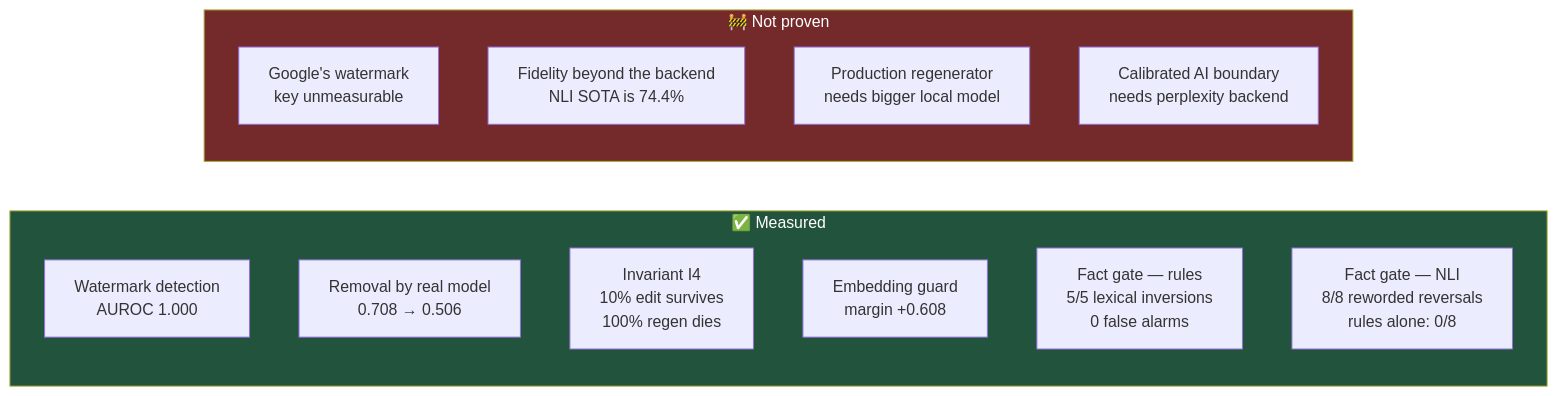
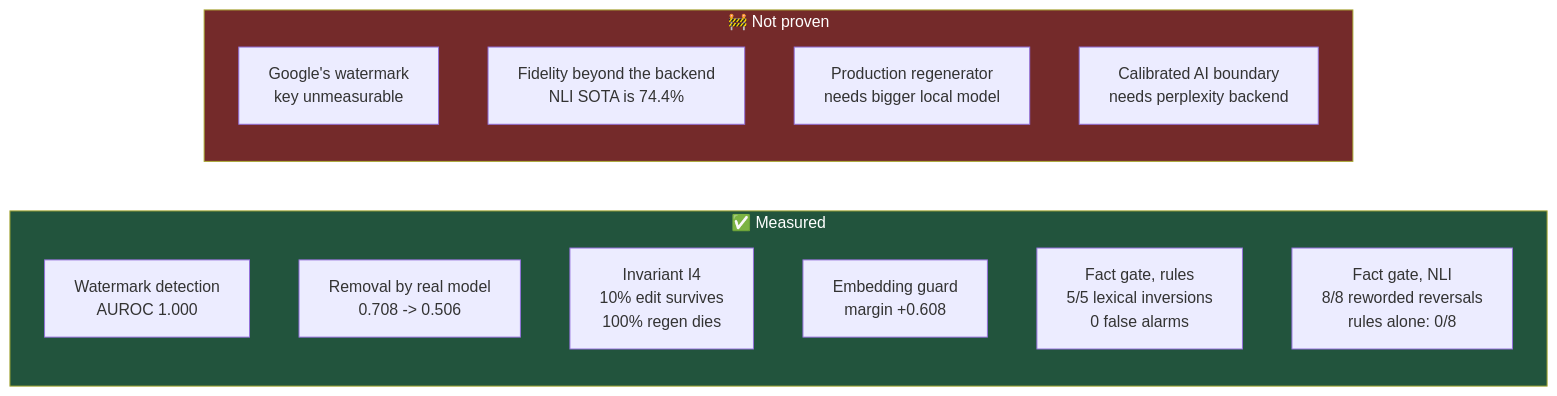
Before and after one commit to Shreyan1/ai-text-watermark-remover: the seventh of 7 diagrams in docs/diagrams.md, drawn with Mermaid. The commit also changed other lines of this file and 53 other files, not shown here.

````diff
--- a/docs/diagrams.md
+++ b/docs/diagrams.md
@@ -243,21 +243,21 @@
 ```mermaid
 flowchart LR
     subgraph PROVEN["✅ Measured"]
         A["Watermark detection<br/>AUROC 1.000"]
-        B["Removal by real model<br/>0.708 → 0.506"]
+        B["Removal by real model<br/>0.708 -> 0.506"]
         C["Invariant I4<br/>10% edit survives<br/>100% regen dies"]
         D["Embedding guard<br/>margin +0.608"]
-        I["Fact gate — rules<br/>5/5 lexical inversions<br/>0 false alarms"]
-        J["Fact gate — NLI<br/>8/8 reworded reversals<br/>rules alone: 0/8"]
+        I["Fact gate, rules<br/>5/5 lexical inversions<br/>0 false alarms"]
+        J["Fact gate, NLI<br/>8/8 reworded reversals<br/>rules alone: 0/8"]
     end
 
     subgraph OPEN["🚧 Not proven"]
         E["Google's watermark<br/>key unmeasurable"]
         F["Fidelity beyond the backend<br/>NLI SOTA is 74.4%"]
         G["Production regenerator<br/>needs bigger local model"]
         H["Calibrated AI boundary<br/>needs perplexity backend"]
     end
 
     style PROVEN fill:#22543d,color:#fff
     style OPEN fill:#742a2a,color:#fff
 ```
````
